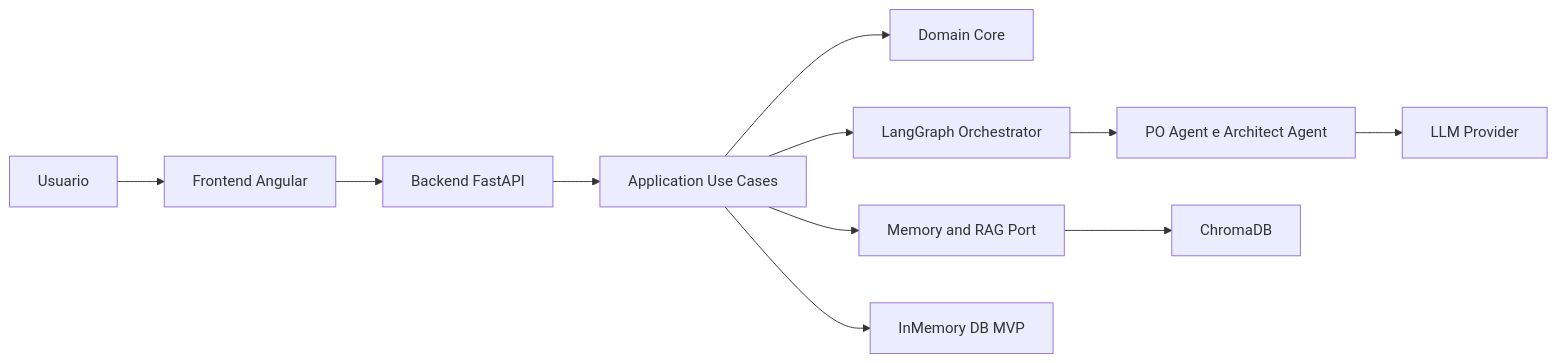
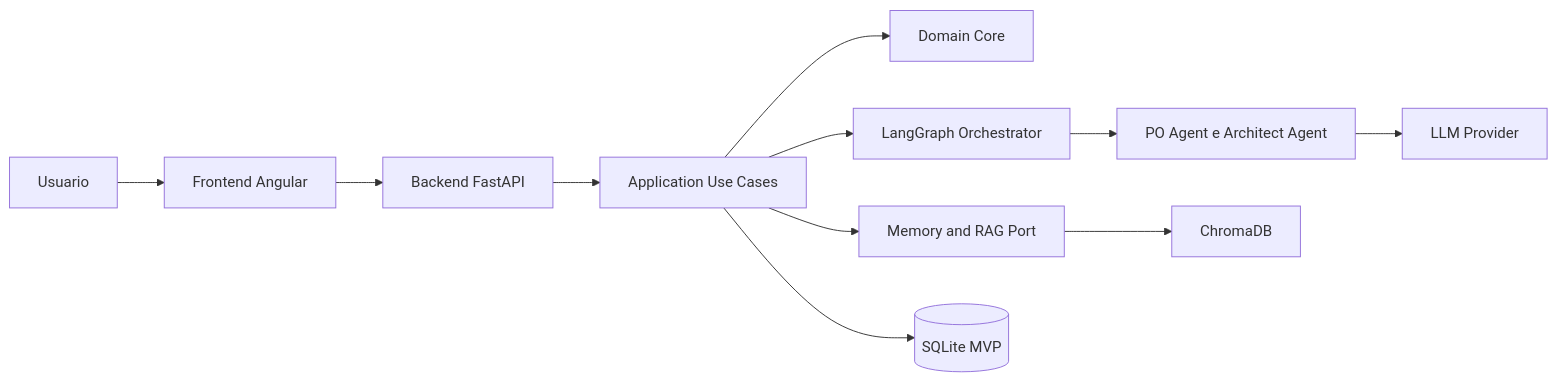
Before and after one commit to cleitonsm/idealize-ai: the diagram in docs/arquitetura/visao-arquitetural.md, drawn with Mermaid. The commit also changed other lines of this file and 41 other files, not shown here.

````diff
--- a/docs/arquitetura/visao-arquitetural.md
+++ b/docs/arquitetura/visao-arquitetural.md
@@ -25,13 +25,13 @@
 ```mermaid
 flowchart LR
     User[Usuario] --> Angular[Frontend Angular]
     Angular --> FastAPI[Backend FastAPI]
     FastAPI --> UseCases[Application Use Cases]
     UseCases --> Domain[Domain Core]
     UseCases --> LangGraph[LangGraph Orchestrator]
     LangGraph --> Agents[PO Agent e Architect Agent]
     Agents --> LLM[LLM Provider]
     UseCases --> RAG[Memory and RAG Port]
     RAG --> ChromaDB[ChromaDB]
-    UseCases --> MemoryDB[InMemory DB MVP]
+    UseCases --> SQLite[(SQLite MVP)]
 ```
````
